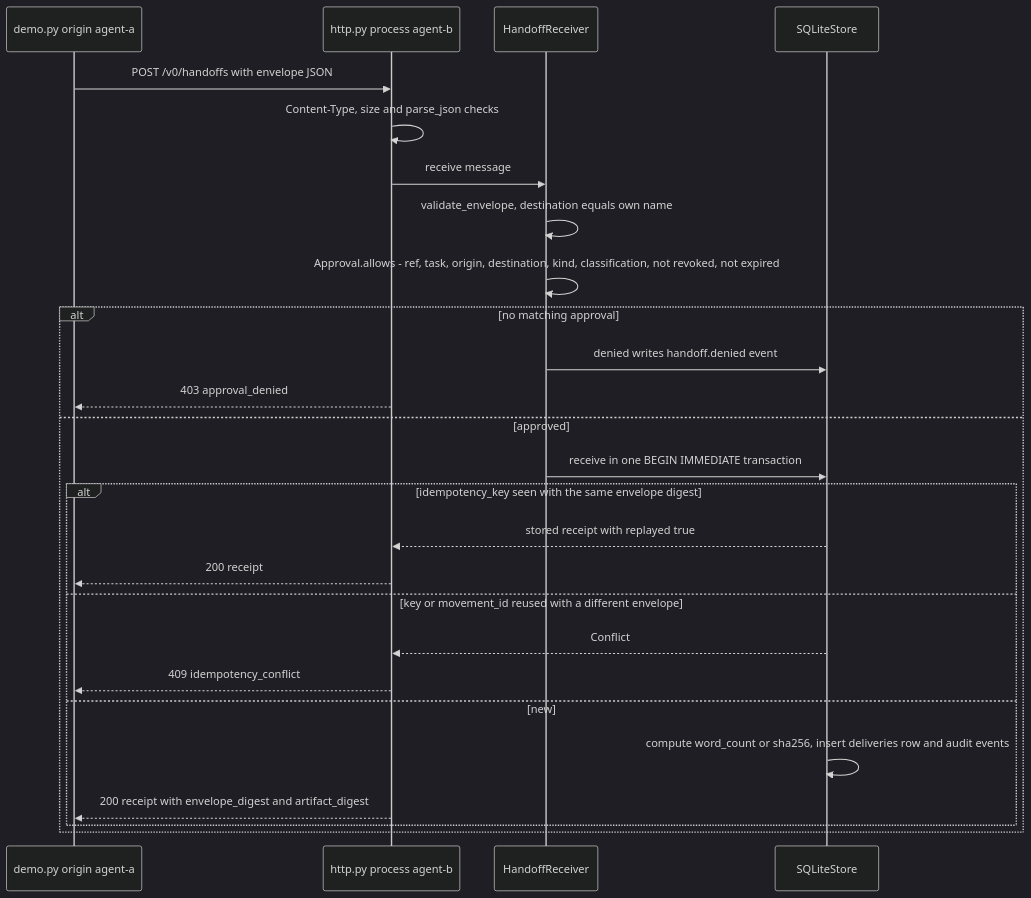
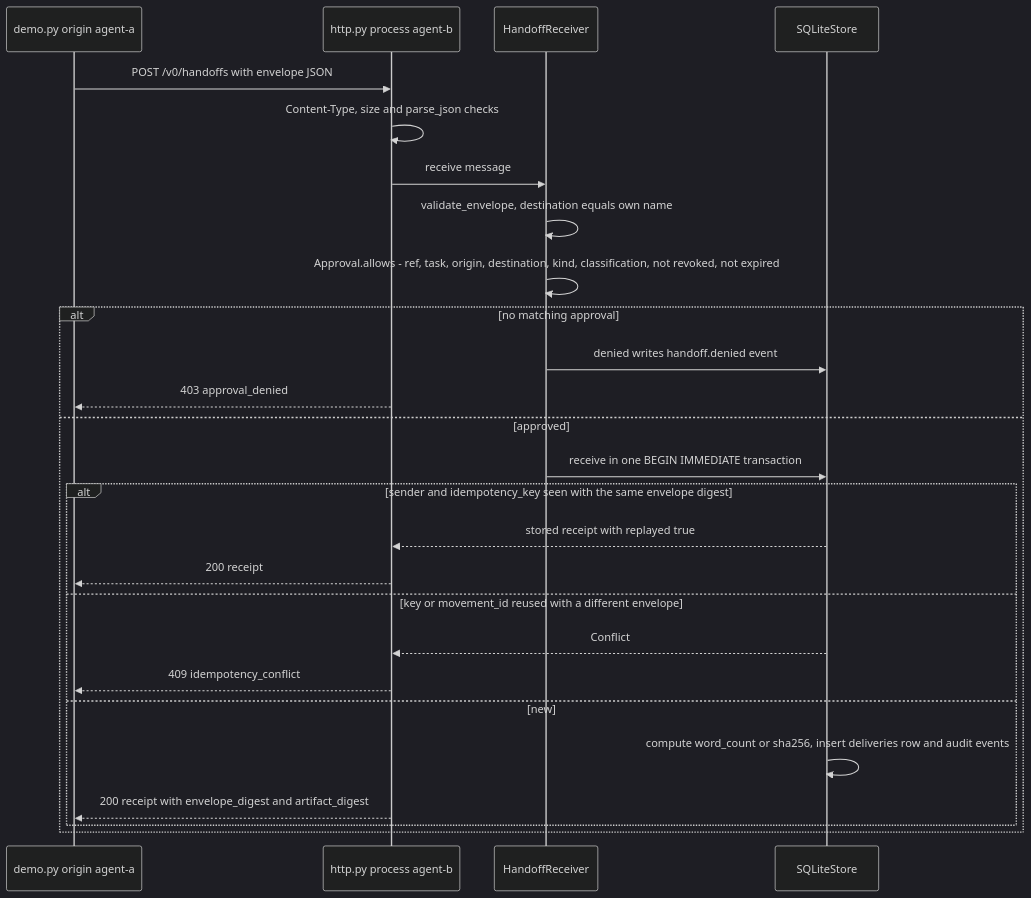
Before and after one commit to MSKazemi/agent-movement: the second of 9 diagrams in docs/architecture.md, drawn with Mermaid (dark theme). The commit also changed other lines of this file, not shown here.

First line of the commit message:
docs: architecture for counted grants, per-sender keys, live receipts, reconciliation, optional bench modes

````diff
--- a/docs/architecture.md
+++ b/docs/architecture.md
@@ -126,28 +148,28 @@
 ```mermaid
 sequenceDiagram
     participant O as demo.py origin agent-a
     participant H as http.py process agent-b
     participant R as HandoffReceiver
     participant S as SQLiteStore
     O->>H: POST /v0/handoffs with envelope JSON
     H->>H: Content-Type, size and parse_json checks
     H->>R: receive message
     R->>R: validate_envelope, destination equals own name
     R->>R: Approval.allows - ref, task, origin, destination, kind, classification, not revoked, not expired
     alt no matching approval
         R->>S: denied writes handoff.denied event
         H-->>O: 403 approval_denied
     else approved
         R->>S: receive in one BEGIN IMMEDIATE transaction
-        alt idempotency_key seen with the same envelope digest
+        alt sender and idempotency_key seen with the same envelope digest
             S-->>H: stored receipt with replayed true
             H-->>O: 200 receipt
         else key or movement_id reused with a different envelope
             S-->>H: Conflict
             H-->>O: 409 idempotency_conflict
         else new
             S->>S: compute word_count or sha256, insert deliveries row and audit events
             H-->>O: 200 receipt with envelope_digest and artifact_digest
         end
     end
 ```
````
